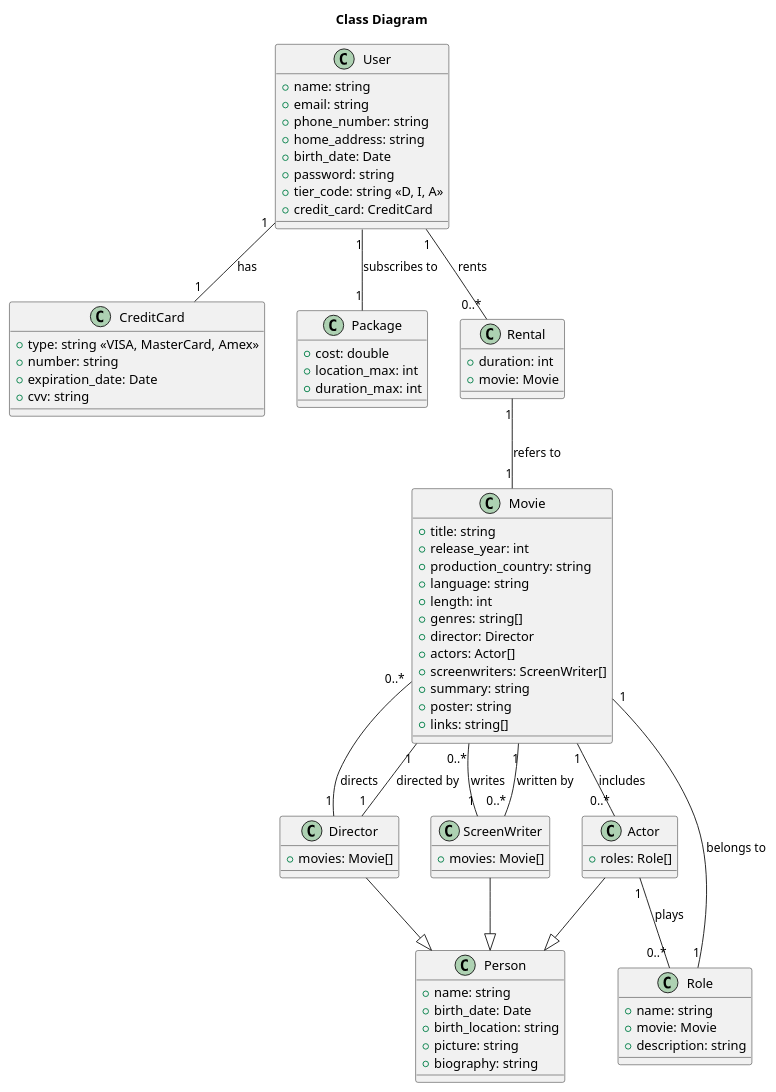
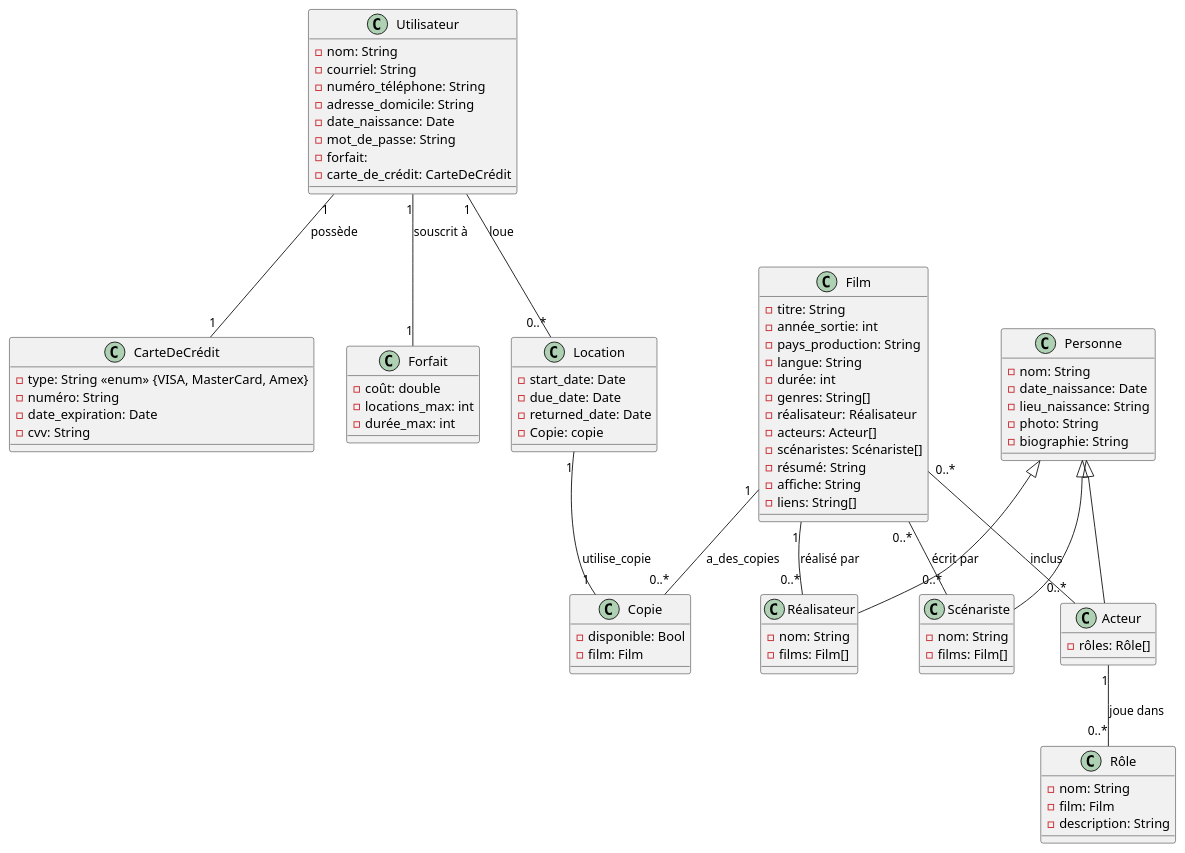
One commit to snakedye/LOG660-01 changed the diagram in docs/class.puml. Above: the diagram before and after it, drawn with PlantUML.

```diff
--- a/docs/class.puml
+++ b/docs/class.puml
@@ -1,94 +1,110 @@
-@startuml class diagram
-title "Class Diagram"
-
-class User {
-  +name: string
-  +email: string
-  +phone_number: string
-  +home_address: string
-  +birth_date: Date
-  +password: string
-  +tier_code: string <<D, I, A>>
-  +credit_card: CreditCard
+@startuml
+' Classe principale Utilisateur id vont d i ou a
+class Utilisateur {
+  - nom: String
+  - courriel: String
+  - numéro_téléphone: String
+  - adresse_domicile: String
+  - date_naissance: Date
+  - mot_de_passe: String
+  - forfait: 
+  - carte_de_crédit: CarteDeCrédit
 }
 
-class CreditCard {
-  +type: string <<VISA, MasterCard, Amex>>
-  +number: string
-  +expiration_date: Date
-  +cvv: string
+' Carte de Crédit
+class CarteDeCrédit {
+  - type: String <<enum>> {VISA, MasterCard, Amex}
+  - numéro: String
+  - date_expiration: Date
+  - cvv: String
 }
 
-class Package {
-  +cost: double
-  +location_max: int
-  +duration_max: int
+' Forfait
+class Forfait {
+  - coût: double
+  - locations_max: int
+  - durée_max: int
 }
 
-class Rental {
-  +duration: int
-  +movie: Movie
+' Location
+class Location {
+  - start_date: Date
+  - due_date: Date
+  - returned_date: Date
+  - Copie: copie
 }
 
-class Movie {
-  +title: string
-  +release_year: int
-  +production_country: string
-  +language: string
-  +length: int
-  +genres: string[]
-  +director: Director
-  +actors: Actor[]
-  +screenwriters: ScreenWriter[]
-  +summary: string
-  +poster: string
-  +links: string[]
+' Film
+class Film {
+  - titre: String
+  - année_sortie: int
+  - pays_production: String
+  - langue: String
+  - durée: int
+  - genres: String[]
+  - réalisateur: Réalisateur
+  - acteurs: Acteur[]
+  - scénaristes: Scénariste[]
+  - résumé: String
+  - affiche: String
+  - liens: String[]
 }
 
-' The generic class Person, previously called PersonalDetails
-class Person {
-  +name: string
-  +birth_date: Date
-  +birth_location: string
-  +picture: string
-  +biography: string
+' Réalisateur
+class Réalisateur {
+  - nom: String
+  - films: Film[]
 }
 
-' Actor, Director, and ScreenWriter now inherit Person
-class Actor {
-  +roles: Role[]
+' Scénariste
+class Scénariste {
+  - nom: String
+  - films: Film[]
 }
 
-class Director {
-  +movies: Movie[]
+' Acteur
+class Acteur {
+  - rôles: Rôle[]
 }
 
-class ScreenWriter {
-  +movies: Movie[]
+' Rôle
+class Rôle {
+  - nom: String
+  - film: Film
+  - description: String
 }
 
-class Role {
-  +name: string
-  +movie: Movie
-  +description: string
+' Personne (classe parent)
+class Personne {
+  - nom: String
+  - date_naissance: Date
+  - lieu_naissance: String
+  - photo: String
+  - biographie: String
 }
 
-' Inheritance relations
-Actor --|> Person
-Director --|> Person
-ScreenWriter --|> Person
+' Classe Copie pour les copies de films
+class Copie {
+  - disponible: Bool
+  - film: Film
+}
 
 ' Associations
-User "1" -- "1" CreditCard : has
-User "1" -- "1" Package : subscribes to
-User "1" -- "0..*" Rental : rents
-Rental "1" -- "1" Movie : refers to
-Movie "1" -- "0..*" Actor : includes
-Movie "1" -- "1" Director : directed by
-Movie "1" -- "0..*" ScreenWriter : written by
-Actor "1" -- "0..*" Role : plays
-Role "1" -- "1" Movie : belongs to
-Director "1" -- "0..*" Movie : directs
-ScreenWriter "1" -- "0..*" Movie : writes
+Utilisateur "1" -- "1" CarteDeCrédit : possède
+Utilisateur "1" -- "1" Forfait : souscrit à
+Utilisateur "1" -- "0..*" Location : loue
+
+
+Location "1" -- "1" Copie : utilise_copie
+
+Film "1" -- "0..*" Réalisateur : réalisé par
+Film "0..*" -- "0..*" Acteur : inclus
+Film "0..*" -- "0..*" Scénariste : écrit par
+Film "1" -- "0..*" Copie : a_des_copies
+
+Personne <|-- Réalisateur
+Personne <|-- Acteur
+Personne <|-- Scénariste
+Acteur "1" -- "0..*" Rôle : joue dans
 
 @enduml
```
